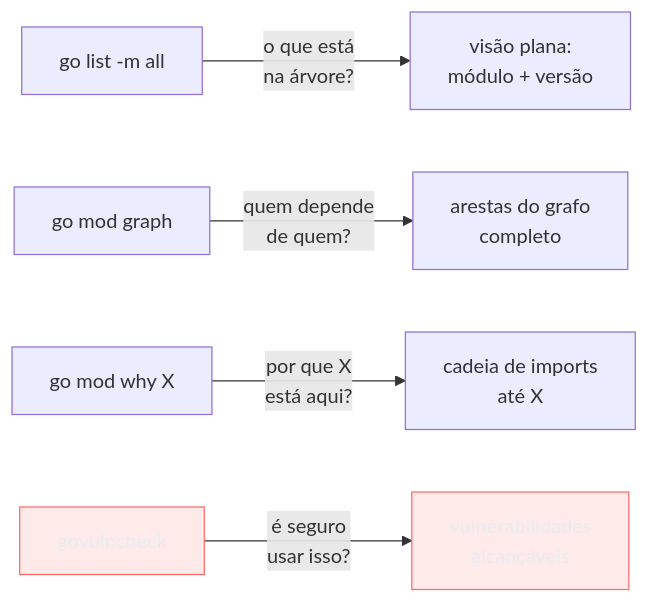
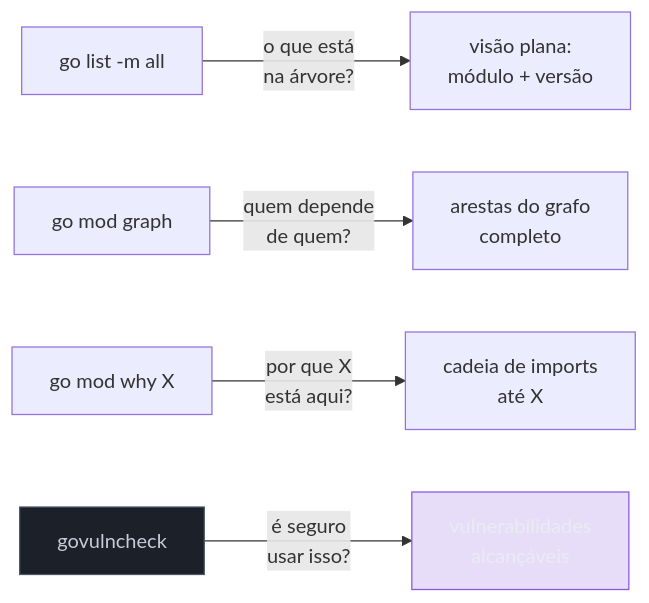
Before and after one commit to josenaldo/codex-technomanticus: the third of 3 diagrams in 03-Dominios/Tecnologia/Go/19 - Segurança/05 - govulncheck e supply chain.md, drawn with Mermaid. The commit also changed other lines of this file and 601 other files, not shown here.

````diff
--- a/03-Dominios/Tecnologia/Go/19 - Segurança/05 - govulncheck e supply chain.md
+++ b/03-Dominios/Tecnologia/Go/19 - Segurança/05 - govulncheck e supply chain.md
@@ -220,11 +220,12 @@
 ```mermaid
 flowchart LR
-    classDef falha fill:#FF6B6B24,stroke:#FF6B6B,color:#E9ECF2
+    classDef marca fill:#8855DF33,stroke:#8855DF,color:#E9ECF2
+    classDef neutro fill:#1B2029,stroke:#4E5666,color:#C6CCD8
     A["go list -m all"] -->|"o que está\nna árvore?"| B["visão plana:\nmódulo + versão"]
     C["go mod graph"] -->|"quem depende\nde quem?"| D["arestas do grafo\ncompleto"]
     E["go mod why X"] -->|"por que X\nestá aqui?"| F["cadeia de imports\naté X"]
     G["govulncheck"] -->|"é seguro\nusar isso?"| H["vulnerabilidades\nalcançáveis"]
 
-    class G falha
-    class H falha
+    class G neutro
+    class H marca
 ```
````
